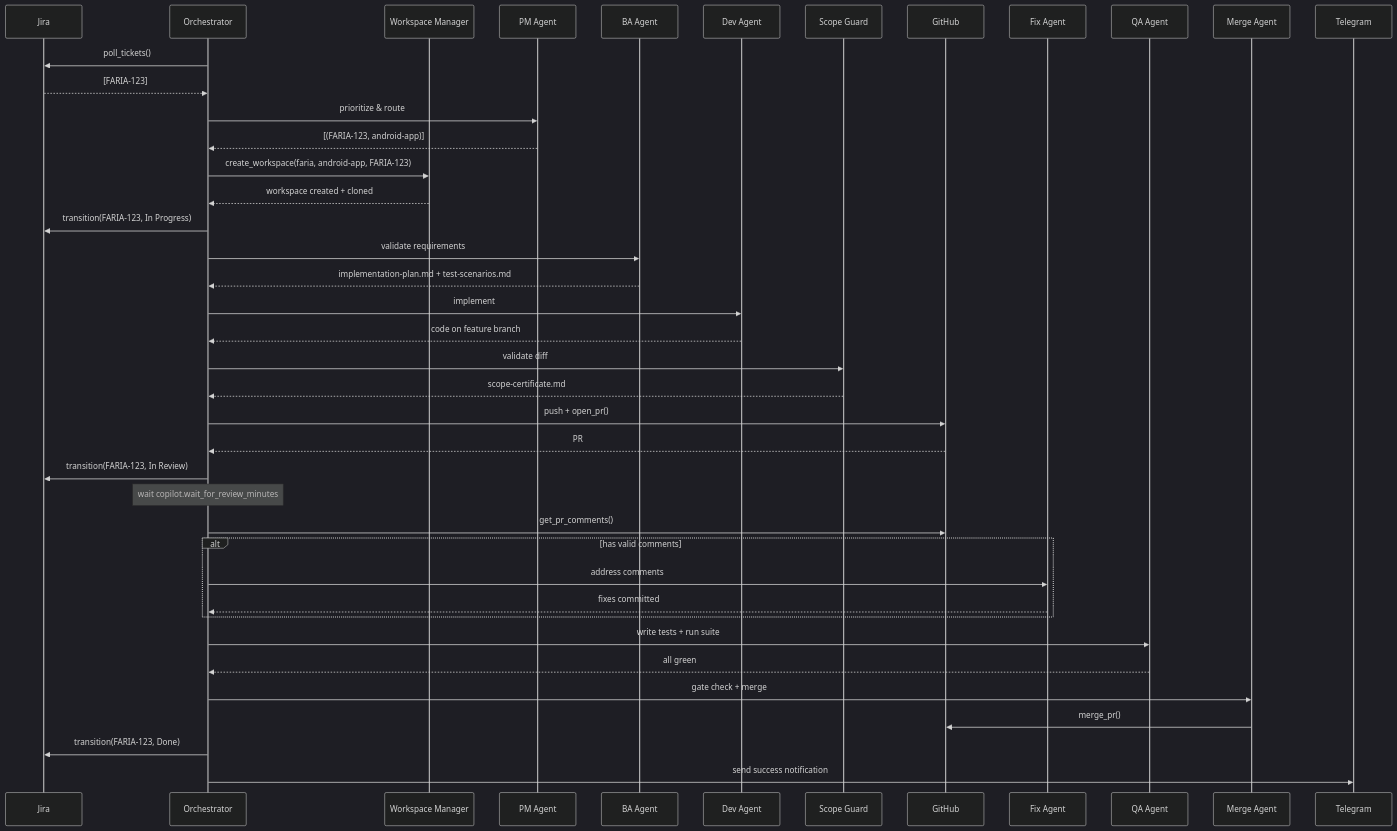
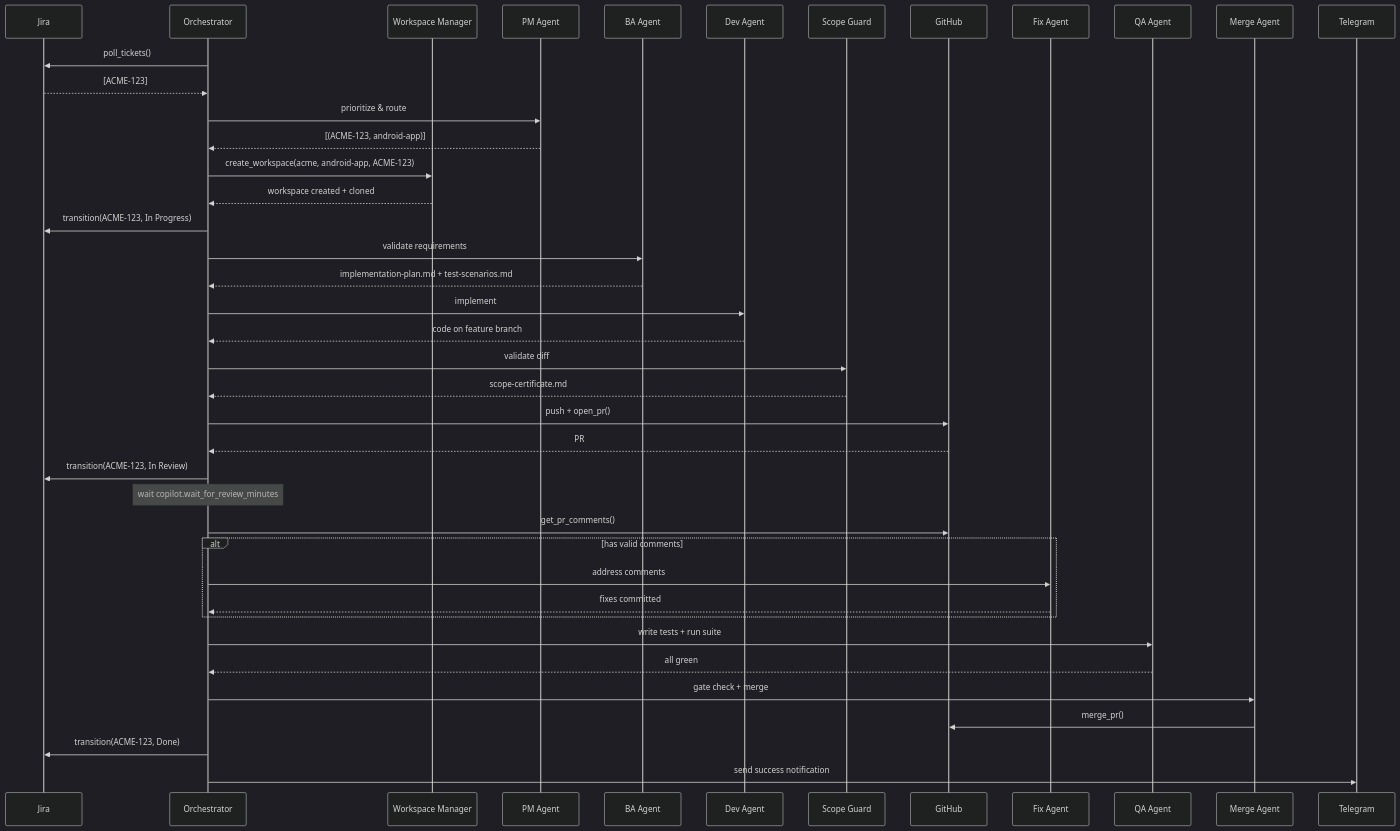
The fourth of 6 diagrams in docs/architecture.md (Olexandr1904/Cleave), drawn with Mermaid (dark theme) before and after one commit. The commit also changed other lines of this file and 23 other files, not shown here.

````diff
--- a/docs/architecture.md
+++ b/docs/architecture.md
@@ -506,53 +506,53 @@
 ```mermaid
 sequenceDiagram
     participant J as Jira
     participant O as Orchestrator
     participant WM as Workspace Manager
     participant PM as PM Agent
     participant BA as BA Agent
     participant DEV as Dev Agent
     participant SG as Scope Guard
     participant GH as GitHub
     participant FIX as Fix Agent
     participant QA as QA Agent
     participant MG as Merge Agent
     participant TG as Telegram
 
     O->>J: poll_tickets()
-    J-->>O: [FARIA-123]
+    J-->>O: [ACME-123]
     O->>PM: prioritize & route
-    PM-->>O: [(FARIA-123, android-app)]
+    PM-->>O: [(ACME-123, android-app)]
 
-    O->>WM: create_workspace(faria, android-app, FARIA-123)
+    O->>WM: create_workspace(acme, android-app, ACME-123)
     WM-->>O: workspace created + cloned
 
-    O->>J: transition(FARIA-123, In Progress)
+    O->>J: transition(ACME-123, In Progress)
     O->>BA: validate requirements
     BA-->>O: implementation-plan.md + test-scenarios.md
 
     O->>DEV: implement
     DEV-->>O: code on feature branch
 
     O->>SG: validate diff
     SG-->>O: scope-certificate.md
 
     O->>GH: push + open_pr()
     GH-->>O: PR #42
-    O->>J: transition(FARIA-123, In Review)
+    O->>J: transition(ACME-123, In Review)
 
     Note over O: wait copilot.wait_for_review_minutes
     O->>GH: get_pr_comments()
 
     alt has valid comments
         O->>FIX: address comments
         FIX-->>O: fixes committed
     end
 
     O->>QA: write tests + run suite
     QA-->>O: all green
 
     O->>MG: gate check + merge
     MG->>GH: merge_pr()
-    O->>J: transition(FARIA-123, Done)
+    O->>J: transition(ACME-123, Done)
     O->>TG: send success notification
 ```
````
